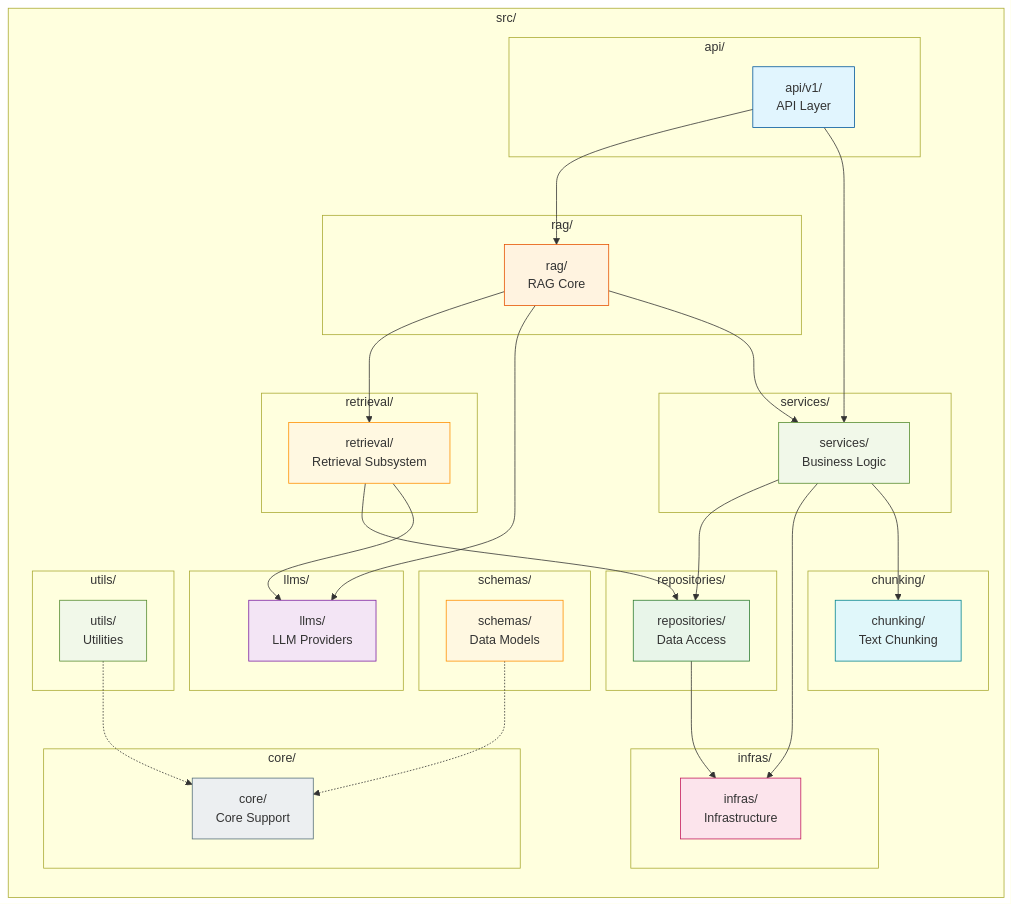
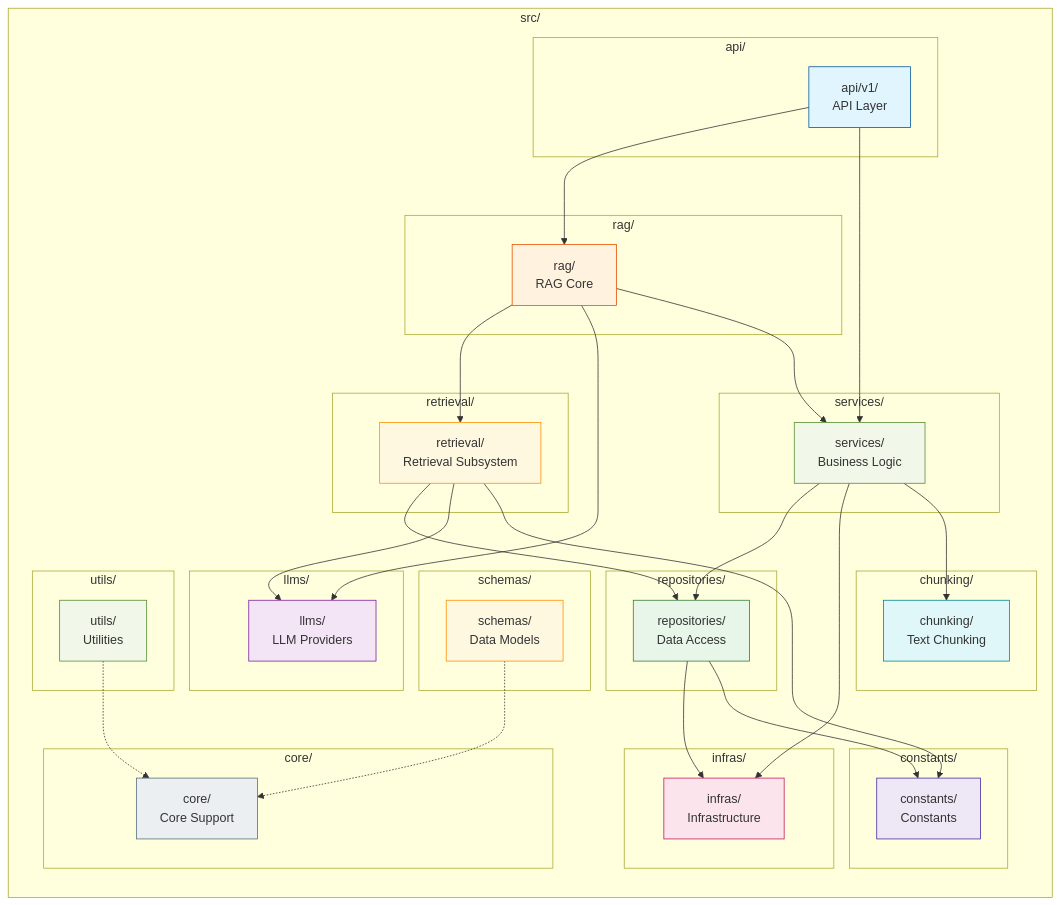
Before and after one commit to chain-engine/x-rag: the second of 3 diagrams in README.en.md, drawn with Mermaid. The commit also changed other lines of this file and 1 other file, not shown here.

````diff
--- a/README.en.md
+++ b/README.en.md
@@ -272,75 +288,82 @@
 ```mermaid
 graph LR
     subgraph "src/"
         subgraph "api/"
             API["api/v1/<br/>API Layer"]
         end
 
         subgraph "rag/"
             RAG["rag/<br/>RAG Core"]
         end
 
         subgraph "retrieval/"
             RET["retrieval/<br/>Retrieval Subsystem"]
         end
 
         subgraph "llms/"
             LLMS["llms/<br/>LLM Providers"]
         end
 
         subgraph "chunking/"
             CHK["chunking/<br/>Text Chunking"]
         end
 
         subgraph "services/"
             SVC["services/<br/>Business Logic"]
         end
 
         subgraph "repositories/"
             REPO["repositories/<br/>Data Access"]
         end
 
         subgraph "infras/"
             INFRAS["infras/<br/>Infrastructure"]
         end
 
         subgraph "core/"
             CORE["core/<br/>Core Support"]
         end
 
+        subgraph "constants/"
+            CONST["constants/<br/>Constants"]
+        end
+
         subgraph "schemas/"
             SCHEMAS["schemas/<br/>Data Models"]
         end
 
         subgraph "utils/"
             UTILS["utils/<br/>Utilities"]
         end
     end
 
     API --> RAG
     API --> SVC
     RAG --> RET
     RAG --> LLMS
     RAG --> SVC
     RET --> REPO
     RET --> LLMS
     SVC --> REPO
     SVC --> INFRAS
     SVC --> CHK
     REPO --> INFRAS
+    RET --> CONST
+    REPO --> CONST
 
     SCHEMAS -.-> CORE
     UTILS -.-> CORE
 
     style API fill:#e1f5fe,stroke:#01579b
     style RAG fill:#fff3e0,stroke:#e65100
     style RET fill:#fff8e1,stroke:#ff8f00
     style LLMS fill:#f3e5f5,stroke:#7b1fa2
     style CHK fill:#e0f7fa,stroke:#00838f
     style SVC fill:#f1f8e9,stroke:#558b2f
     style REPO fill:#e8f5e9,stroke:#2e7d32
     style INFRAS fill:#fce4ec,stroke:#c2185b
     style CORE fill:#eceff1,stroke:#546e7a
+    style CONST fill:#ede7f6,stroke:#4527a0
     style SCHEMAS fill:#fff8e1,stroke:#ff8f00
     style UTILS fill:#f1f8e9,stroke:#558b2f
 ```
````
